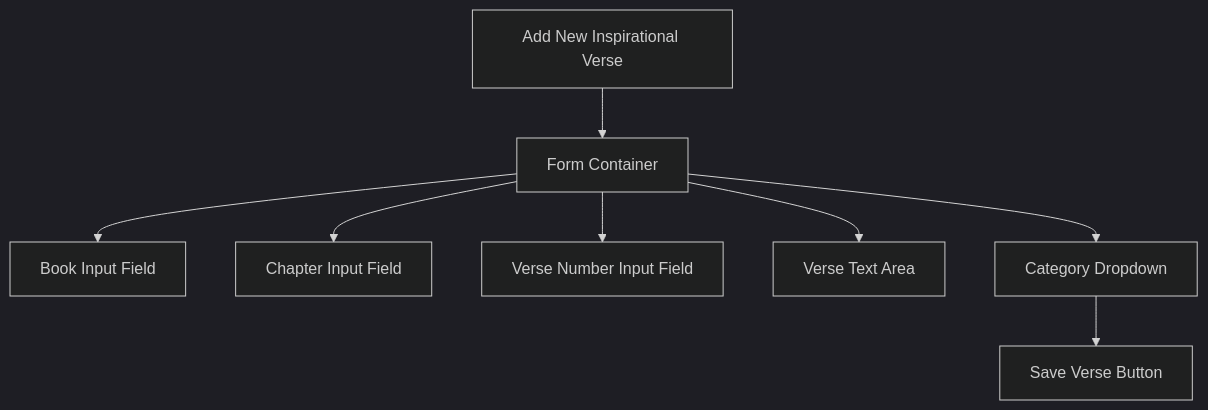
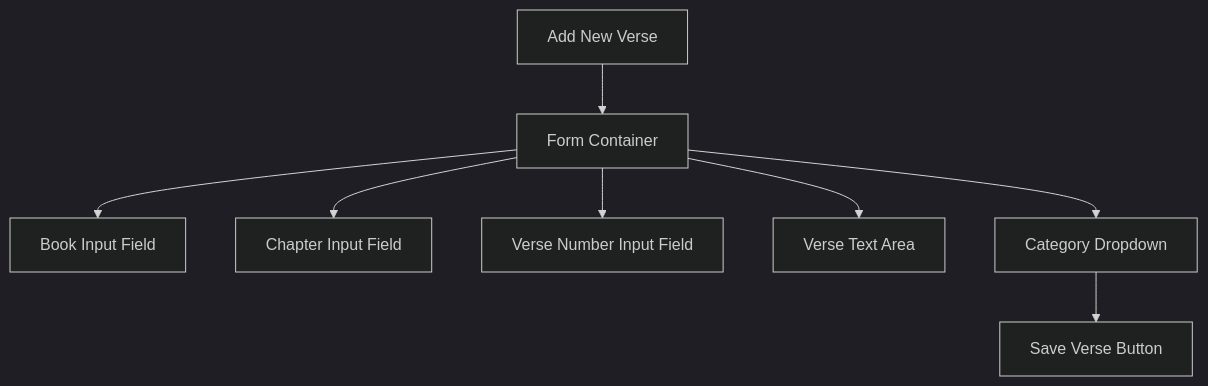
The third of 5 diagrams in milestones/milestone2/READ.md (hgbryant/CST-391), drawn with Mermaid (dark theme) before and after one commit. The commit also changed other lines of this file, not shown here.

Commit message:
Milestone2 fix

````diff
--- a/milestones/milestone2/READ.md
+++ b/milestones/milestone2/READ.md
@@ -74,23 +74,23 @@
 ```mermaid
 flowchart TD
 
-H[Add New Inspirational Verse]
+H[Add New Verse]
 
 F[Form Container]
 
 B[Book Input Field]
 C[Chapter Input Field]
 V[Verse Number Input Field]
 T[Verse Text Area]
 CAT[Category Dropdown]
 
 BTN[Save Verse Button]
 
 H --> F
 F --> B
 F --> C
 F --> V
 F --> T
 F --> CAT
 CAT --> BTN
 ```
````
